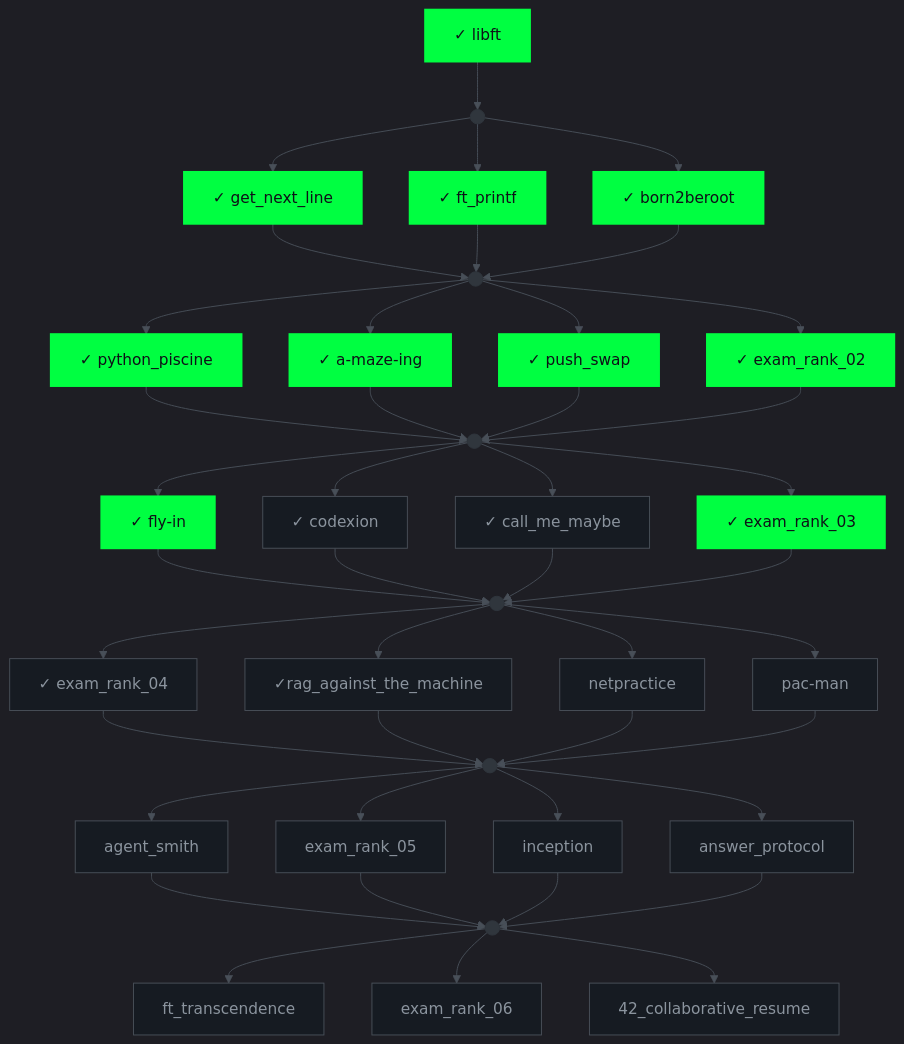
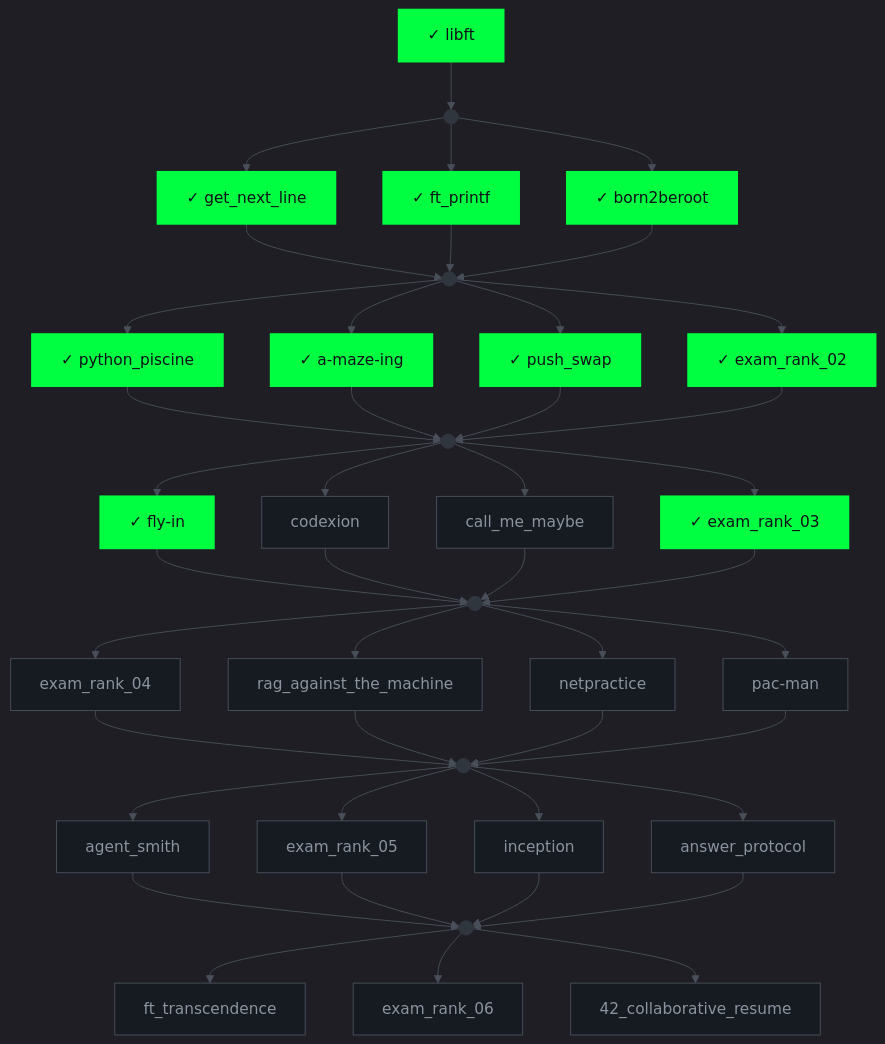
The diagram in README.md (bettercallmefifi/bettercallmefifi), drawn with Mermaid before and after one commit.

Commit message:
Remove checkmarks from task list in README

````diff
--- a/README.md
+++ b/README.md
@@ -56,60 +56,60 @@
 ```mermaid
 %%{init: {'theme':'dark','themeVariables':{'primaryColor':'#0D1117','primaryTextColor':'#C9D1D9','primaryBorderColor':'#30363D','lineColor':'#484F58','fontFamily':'monospace','fontSize':'16px'}}}%%
 graph TD
     LIB["✓ libft"]:::done --> G0((" ")):::gate
     G0 --> GNL["✓ get_next_line"]:::done
     G0 --> FP["✓ ft_printf"]:::done
     G0 --> B2B["✓ born2beroot"]:::done
 
     GNL --> G1((" ")):::gate
     FP --> G1
     B2B --> G1
 
     G1 --> PY["✓ python_piscine"]:::done
     G1 --> AM["✓ a-maze-ing"]:::done
     G1 --> PS["✓ push_swap"]:::done
     G1 --> E2["✓ exam_rank_02"]:::done
 
     PY --> G2((" ")):::gate
     AM --> G2
     PS --> G2
     E2 --> G2
 
     G2 --> FI["✓ fly-in"]:::done
-    G2 --> CX["✓ codexion"]:::todo
-    G2 --> CMM["✓ call_me_maybe"]:::todo
+    G2 --> CX["codexion"]:::todo
+    G2 --> CMM["call_me_maybe"]:::todo
     G2 --> E3["✓ exam_rank_03"]:::done
 
     FI --> G3((" ")):::gate
     CX --> G3
     CMM --> G3
     E3 --> G3
 
-    G3 --> E4["✓ exam_rank_04"]:::todo
-    G3 --> RAG["✓rag_against_the_machine"]:::todo
+    G3 --> E4["exam_rank_04"]:::todo
+    G3 --> RAG["rag_against_the_machine"]:::todo
     G3 --> NP["netpractice"]:::todo
     G3 --> PM["pac-man"]:::todo
 
     E4 --> G4((" ")):::gate
     RAG --> G4
     NP --> G4
     PM --> G4
 
     G4 --> AS["agent_smith"]:::todo
     G4 --> E5["exam_rank_05"]:::todo
     G4 --> INC["inception"]:::todo
     G4 --> AP["answer_protocol"]:::todo
 
     AS --> G5((" ")):::gate
     E5 --> G5
     INC --> G5
     AP --> G5
 
     G5 --> FT["ft_transcendence"]:::todo
     G5 --> E6["exam_rank_06"]:::todo
     G5 --> CR["42_collaborative_resume"]:::todo
 
     classDef done fill:#00FF41,stroke:#00FF41,color:#0D1117,stroke-width:2px
     classDef todo fill:#161B22,stroke:#484F58,color:#8B949E
     classDef gate fill:#30363D,stroke:#30363D,color:#30363D
 ```
````
